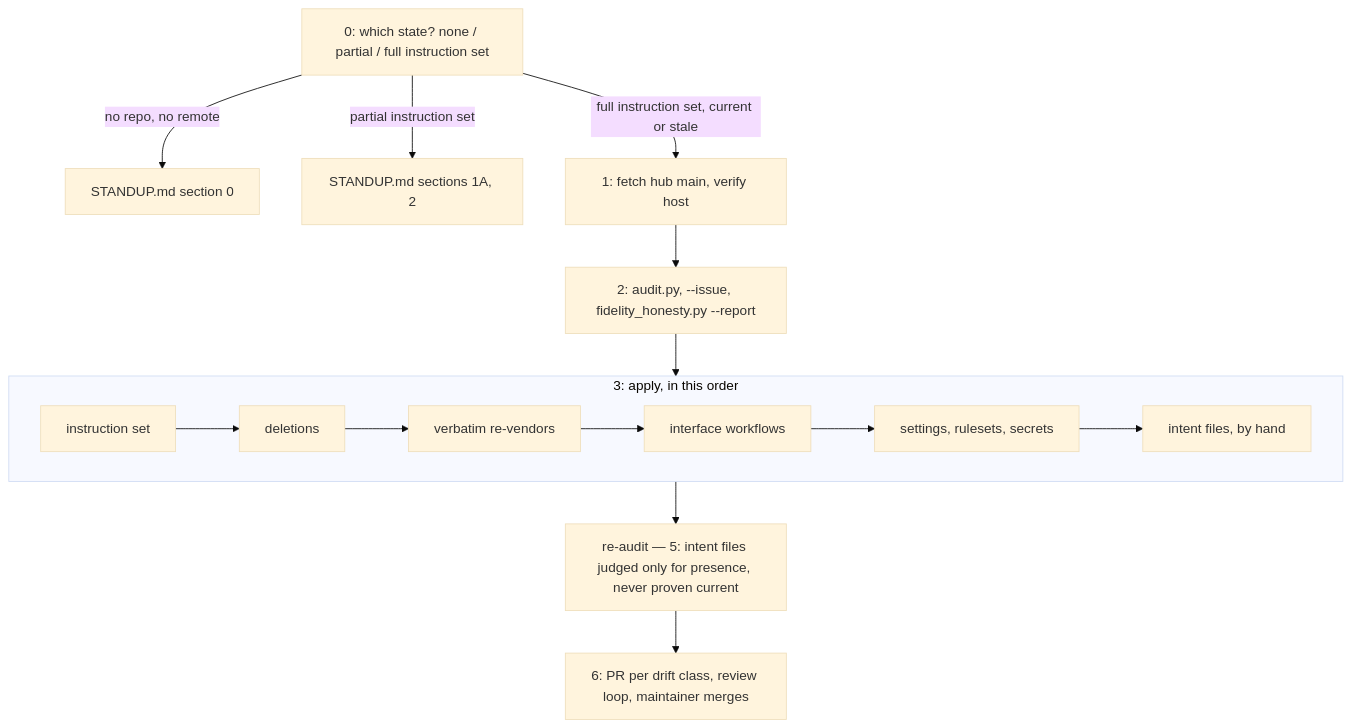
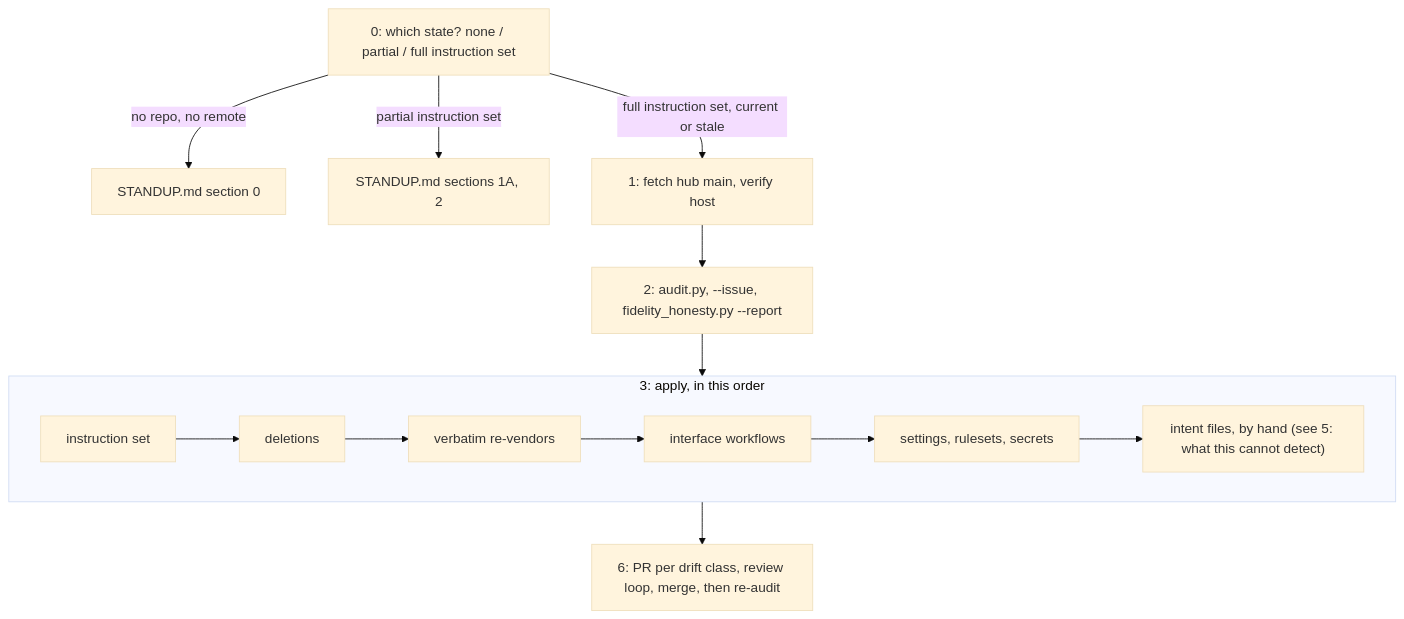
Before and after one commit to ptr727/ProjectTemplate: the first of 2 diagrams in RESYNC.md, drawn with Mermaid (base theme).

Commit message:
Fix RESYNC.md mermaid diagram per review
Declare the apply subgraph before any edge references its id, since
referencing it both before and after the declaration risked a
Mermaid id collision between the implicit node and the subgraph.
Drop the incorrect '5' tag on the re-audit node (section 5 is 'What
a Resync Cannot Detect', not re-auditing; the actual re-audit step
is described in section 6 'Ship It'), anchoring section 5's actual
content, the intent-fidelity caveat, on the intent-files node where
it belongs instead. Also replaces a non-ASCII em dash with ASCII
punctuation, per GOVERNANCE.md 'Documentation Style Conventions'.

````diff
--- a/RESYNC.md
+++ b/RESYNC.md
@@ -7,14 +7,13 @@
 ```mermaid
 flowchart TD
   route["0: which state? none / partial / full instruction set"]
   route -->|"no repo, no remote"| toStandup["STANDUP.md section 0"]
   route -->|"partial instruction set"| toStandup2["STANDUP.md sections 1A, 2"]
   route -->|"full instruction set, current or stale"| reach["1: fetch hub main, verify host"]
   reach --> measure["2: audit.py, --issue, fidelity_honesty.py --report"]
+  subgraph apply["3: apply, in this order"]
+    instr["instruction set"] --> del["deletions"] --> revendor["verbatim re-vendors"] --> iface["interface workflows"] --> settings["settings, rulesets, secrets"] --> intent["intent files, by hand (see 5: what this cannot detect)"]
+  end
   measure --> apply
-  subgraph apply["3: apply, in this order"]
-    instr["instruction set"] --> del["deletions"] --> revendor["verbatim re-vendors"] --> iface["interface workflows"] --> settings["settings, rulesets, secrets"] --> intent["intent files, by hand"]
-  end
-  apply --> reaudit["re-audit — 5: intent files judged only for presence, never proven current"]
-  reaudit --> ship["6: PR per drift class, review loop, maintainer merges"]
+  apply --> ship["6: PR per drift class, review loop, merge, then re-audit"]
 ```
````
